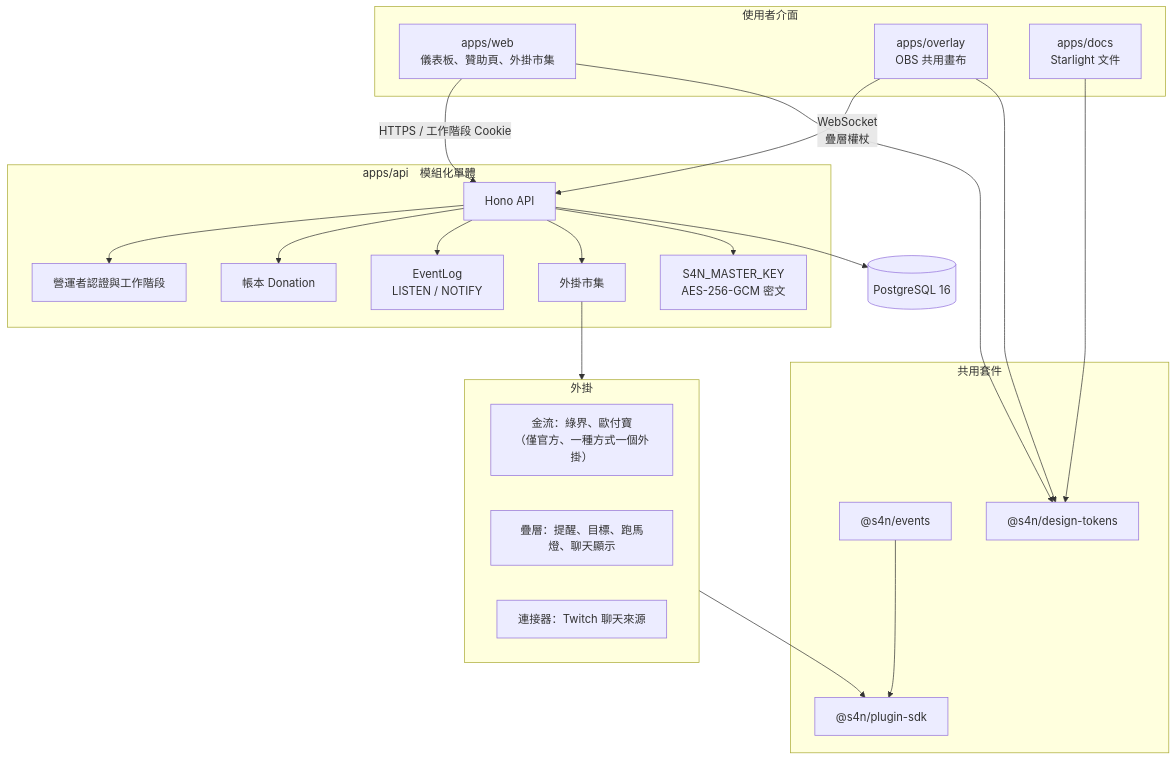
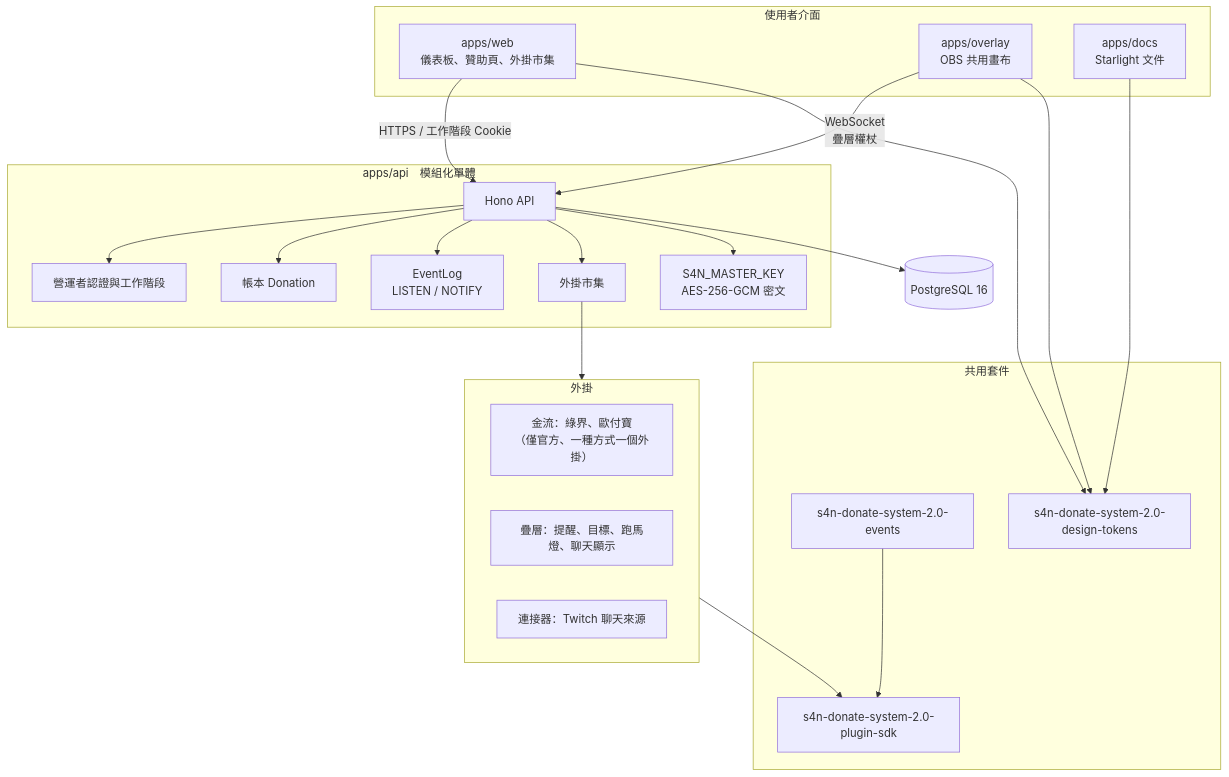
Before and after one commit to Salmon4neko-Studio/S4N-Donate-System-2.0: the diagram in README.md, drawn with Mermaid. The commit also changed other lines of this file and 136 other files, not shown here.

First line of the commit message:
Rename packages to s4n-donate-system-2.0 and brand the docs site (#19)

````diff
--- a/README.md
+++ b/README.md
@@ -23,46 +23,46 @@
 ```mermaid
 flowchart TB
   subgraph ui["使用者介面"]
     web["apps/web<br/>儀表板、贊助頁、外掛市集"]
     overlay["apps/overlay<br/>OBS 共用畫布"]
     docs["apps/docs<br/>Starlight 文件"]
   end
 
   subgraph core["apps/api　模組化單體"]
     hono["Hono API"]
     auth["營運者認證與工作階段"]
     ledger["帳本 Donation"]
     events["EventLog<br/>LISTEN / NOTIFY"]
     market["外掛市集"]
     secrets["S4N_MASTER_KEY<br/>AES-256-GCM 密文"]
   end
 
   subgraph shared["共用套件"]
-    ev["@s4n/events"]
-    sdk["@s4n/plugin-sdk"]
-    tokens["@s4n/design-tokens"]
+    ev["s4n-donate-system-2.0-events"]
+    sdk["s4n-donate-system-2.0-plugin-sdk"]
+    tokens["s4n-donate-system-2.0-design-tokens"]
   end
 
   subgraph plugins["外掛"]
     pay["金流：綠界、歐付寶<br/>（僅官方、一種方式一個外掛）"]
     ov["疊層：提醒、目標、跑馬燈、聊天顯示"]
     chat["連接器：Twitch 聊天來源"]
   end
 
   pg[("PostgreSQL 16")]
 
   web -->|"HTTPS / 工作階段 Cookie"| hono
   overlay -->|"WebSocket<br/>疊層權杖"| hono
   hono --> auth
   hono --> ledger
   hono --> events
   hono --> market
   hono --> secrets
   hono --> pg
   market --> plugins
   plugins --> sdk
   ev --> sdk
   web --> tokens
   overlay --> tokens
   docs --> tokens
 ```
````
